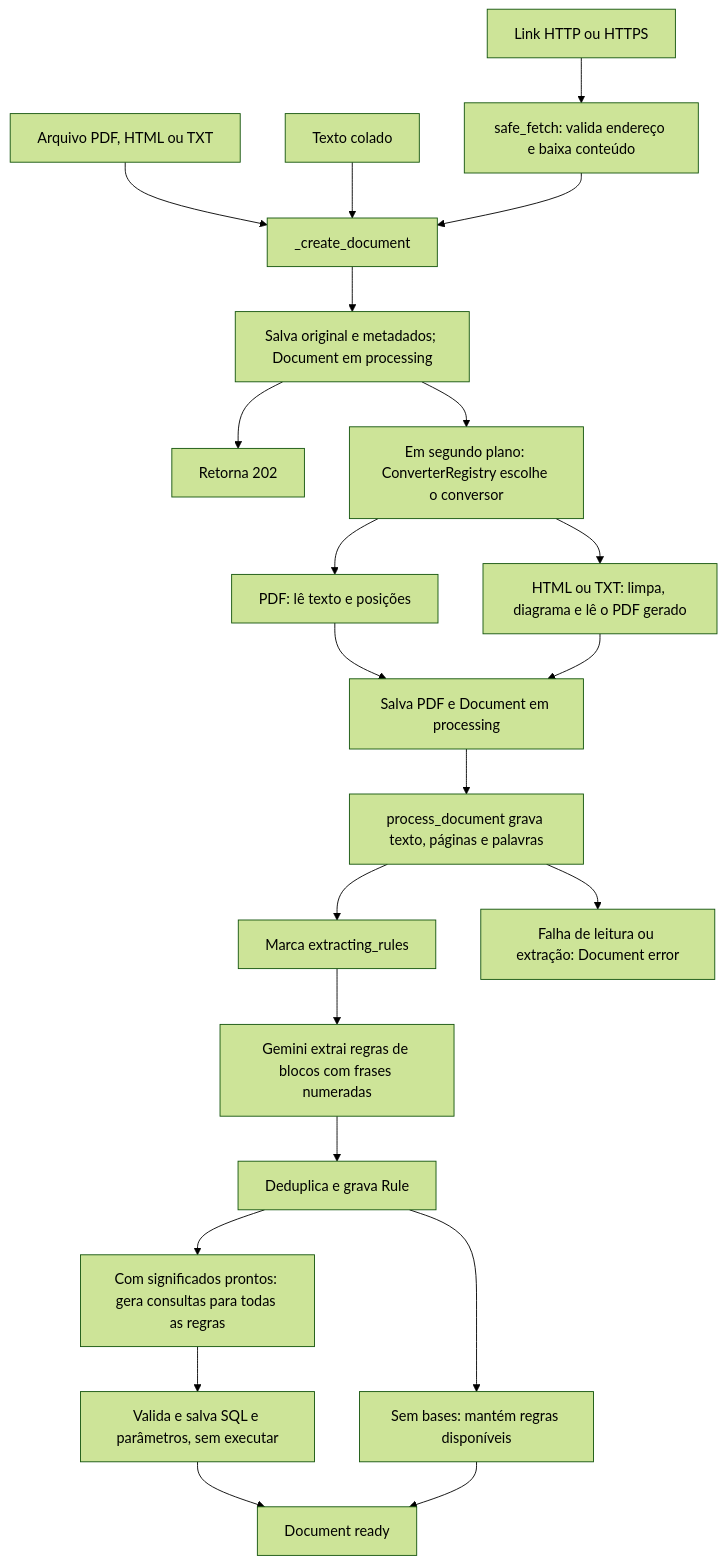
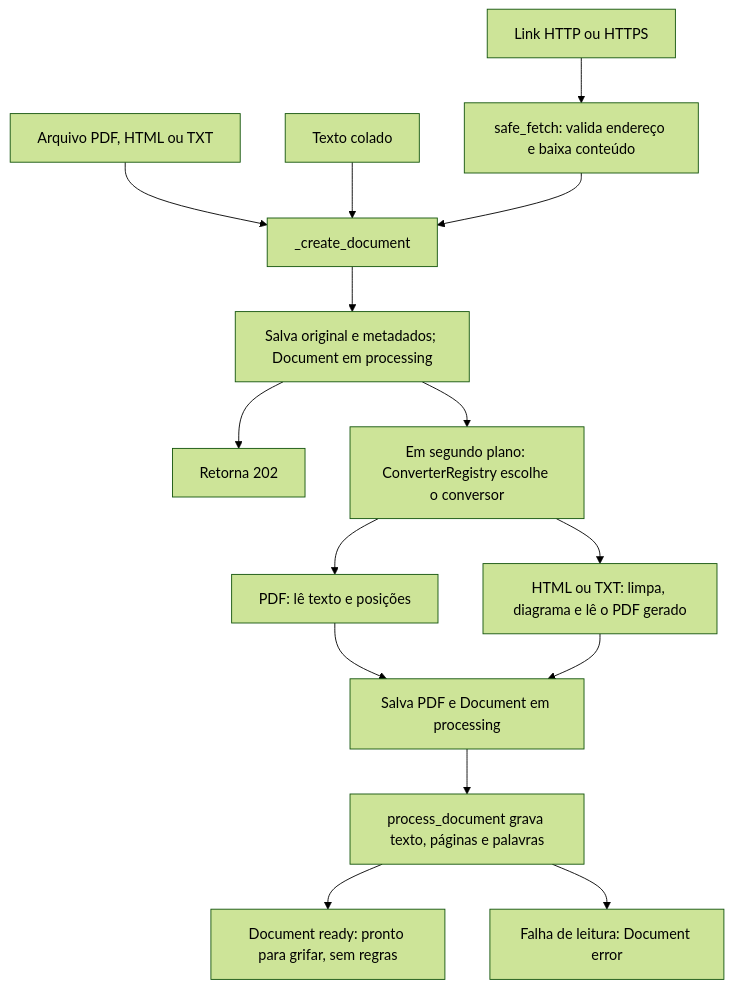
Before and after one commit to brunpena/ic-grifo: the third of 9 diagrams in docs/fluxos.md, drawn with Mermaid (forest theme). The commit also changed other lines of this file and 9 other files, not shown here.

Commit message:
docs: describe the guided highlight flow for creating rules

````diff
--- a/docs/fluxos.md
+++ b/docs/fluxos.md
@@ -78,24 +79,17 @@
 ```mermaid
 flowchart TD
     A["Arquivo PDF, HTML ou TXT"] --> D["_create_document"]
     B["Texto colado"] --> D
     C["Link HTTP ou HTTPS"] --> S["safe_fetch: valida endereço e baixa conteúdo"]
     S --> D
     D --> ORIGINAL["Salva original e metadados; Document em processing"]
     ORIGINAL --> RESP["Retorna 202"]
     ORIGINAL --> R["Em segundo plano: ConverterRegistry escolhe o conversor"]
     R --> P["PDF: lê texto e posições"]
     R --> H["HTML ou TXT: limpa, diagrama e lê o PDF gerado"]
     P --> G["Salva PDF e Document em processing"]
     H --> G
     G --> T["process_document grava texto, páginas e palavras"]
-    T --> E["Marca extracting_rules"]
-    E --> L["Gemini extrai regras de blocos com frases numeradas"]
-    L --> U["Deduplica e grava Rule"]
-    U --> Q["Com significados prontos: gera consultas para todas as regras"]
-    Q --> V["Valida e salva SQL e parâmetros, sem executar"]
-    U --> N["Sem bases: mantém regras disponíveis"]
-    V --> OK["Document ready"]
-    N --> OK
-    T --> ER["Falha de leitura ou extração: Document error"]
+    T --> OK["Document ready: pronto para grifar, sem regras"]
+    T --> ER["Falha de leitura: Document error"]
 ```
````
